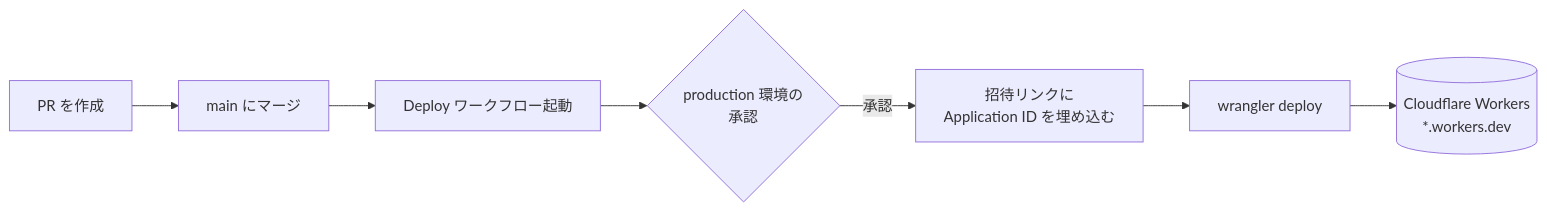
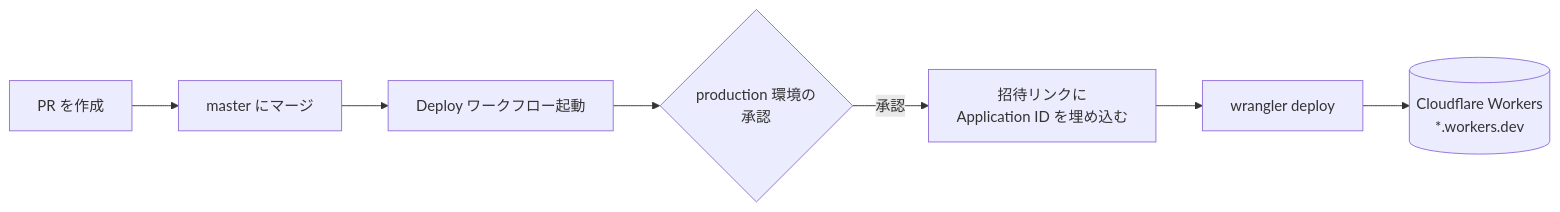
The fifth of 5 diagrams in docs/design.md (etlit-r/DIscheduler), drawn with Mermaid before and after one commit. The commit also changed other lines of this file and 5 other files, not shown here.

````diff
--- a/docs/design.md
+++ b/docs/design.md
@@ -710,9 +710,9 @@
 ```mermaid
 flowchart LR
-  PR[PR を作成] --> M[main にマージ]
+  PR[PR を作成] --> M[master にマージ]
   M --> W[Deploy ワークフロー起動]
   W --> A{production 環境の<br/>承認}
   A -- 承認 --> R[招待リンクに<br/>Application ID を埋め込む]
   R --> D[wrangler deploy]
   D --> CF[(Cloudflare Workers<br/>*.workers.dev)]
 ```
````
